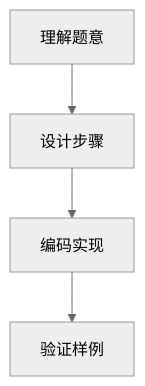
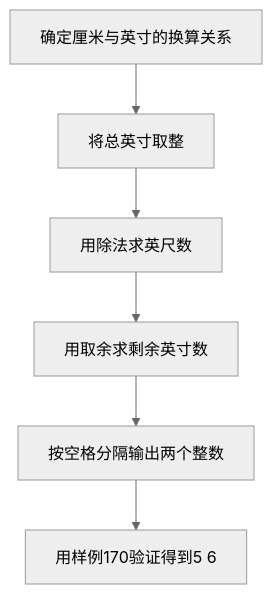
One commit to pta-program/pta_basic_program_article_by_lua changed the second of 2 diagrams in 编程题/PTA基础编程题目集 7-1厘米换算英尺英寸（Lua语言实现）.md. Above: the diagram before and after it, drawn with Mermaid (neutral theme). The commit also changed other lines of this file and 50 other files, not shown here.

````diff
--- a/编程题/PTA基础编程题目集 7-1厘米换算英尺英寸（Lua语言实现）.md
+++ b/编程题/PTA基础编程题目集 7-1厘米换算英尺英寸（Lua语言实现）.md
@@ -61,6 +75,8 @@
 ```mermaid
 flowchart TD
-  A[理解题意] --> B[设计步骤]
-  B --> C[编码实现]
-  C --> D[验证样例]
+  A[确定厘米与英寸的换算关系] --> B[将总英寸取整]
+  B --> C[用除法求英尺数]
+  C --> D[用取余求剩余英寸数]
+  D --> E[按空格分隔输出两个整数]
+  E --> F[用样例170验证得到5 6]
 ```
````
